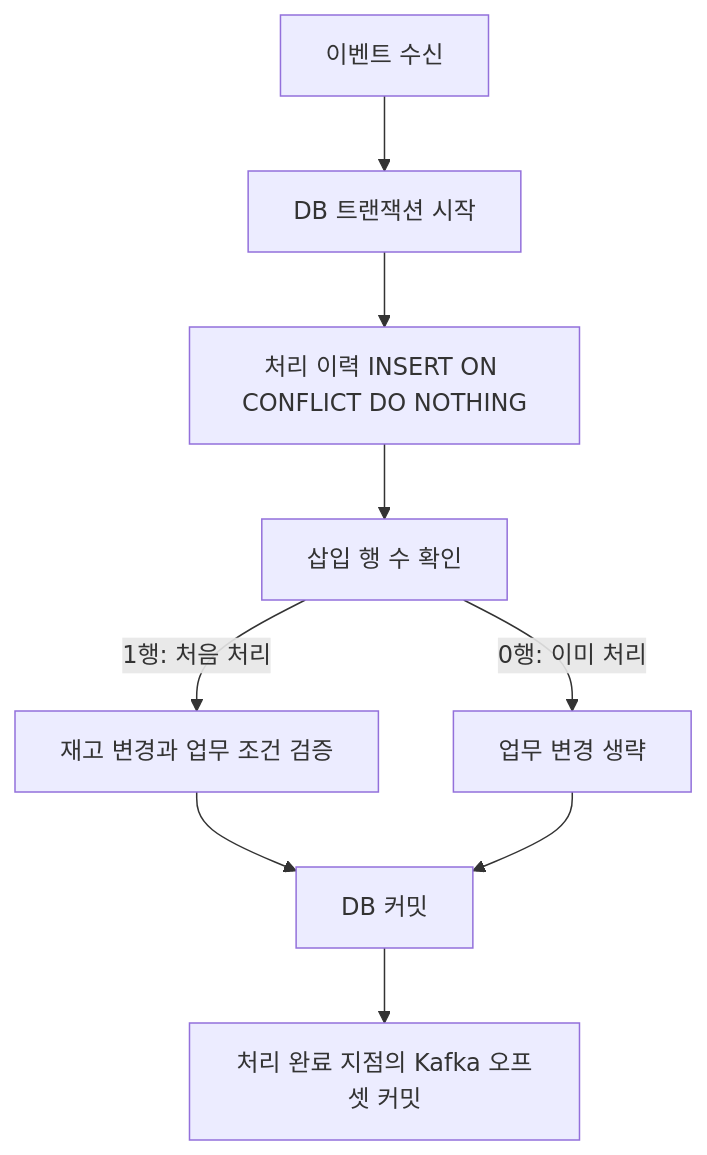
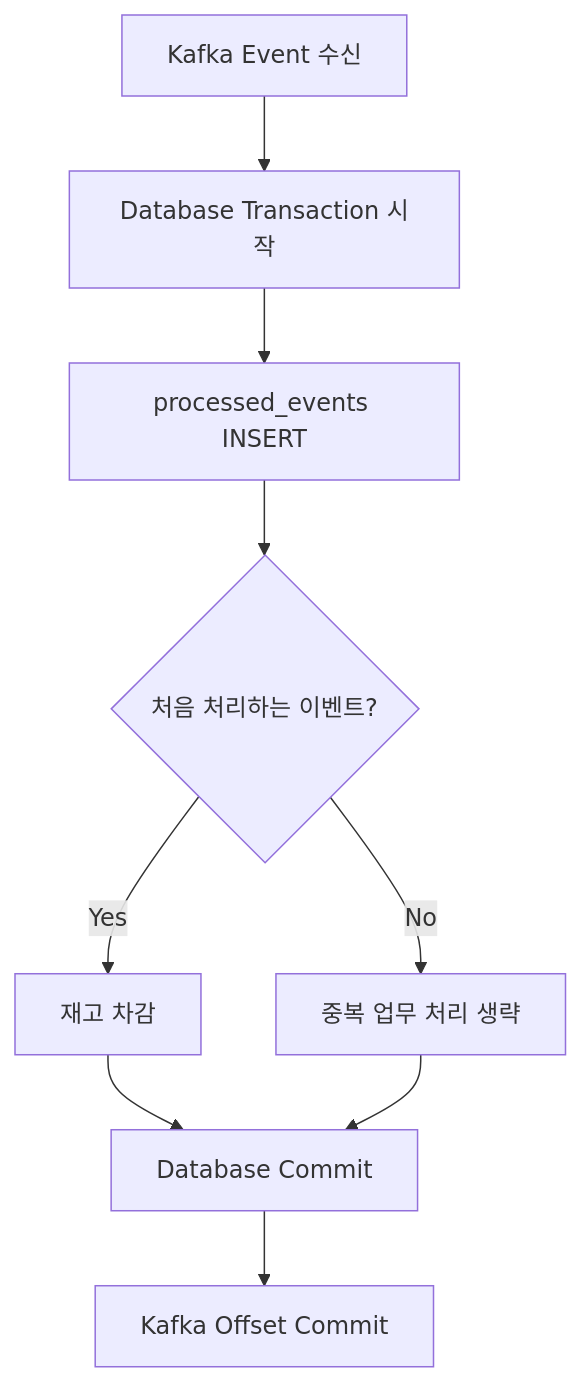
The ninth of 16 diagrams in _posts/study/smart-learning-ent/kafka-development-strategy-for-beginners/2026-10-27-doubling-your-use-of-kafka.md (ysiksik/ysiksik.github.io), drawn with Mermaid before and after one commit. The commit also changed other lines of this file and 7 other files, not shown here.

````diff
--- a/_posts/study/smart-learning-ent/kafka-development-strategy-for-beginners/2026-10-27-doubling-your-use-of-kafka.md
+++ b/_posts/study/smart-learning-ent/kafka-development-strategy-for-beginners/2026-10-27-doubling-your-use-of-kafka.md
@@ -154,11 +1443,29 @@
 ```mermaid
 flowchart TD
-    A["이벤트 수신"] --> B["DB 트랜잭션 시작"]
-    B --> C["처리 이력 INSERT ON CONFLICT DO NOTHING"]
-    C --> D["삽입 행 수 확인"]
-    D -->|"1행: 처음 처리"| E["재고 변경과 업무 조건 검증"]
-    D -->|"0행: 이미 처리"| F["업무 변경 생략"]
-    E --> G["DB 커밋"]
+    A["Kafka Event 수신"]
+
+    B["Database Transaction 시작"]
+
+    C["processed_events INSERT"]
+
+    D{"처음 처리하는 이벤트?"}
+
+    E["재고 차감"]
+    F["중복 업무 처리 생략"]
+
+    G["Database Commit"]
+
+    H["Kafka Offset Commit"]
+
+    A --> B
+    B --> C
+    C --> D
+
+    D -->|"Yes"| E
+    D -->|"No"| F
+
+    E --> G
     F --> G
-    G --> H["처리 완료 지점의 Kafka 오프셋 커밋"]
+
+    G --> H
 ```
````
